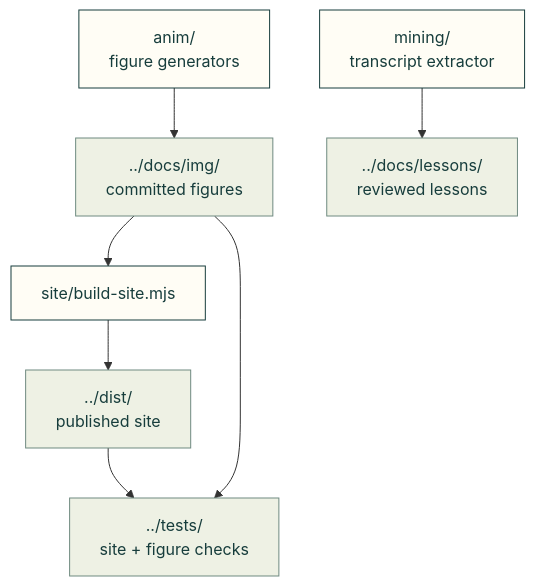
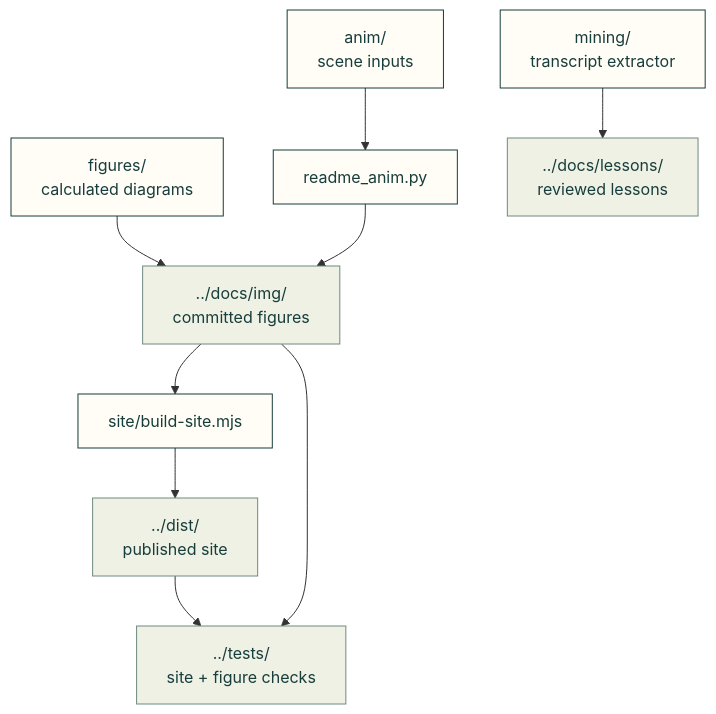
The diagram in tools/README.md (Valpatel/cad-agent), drawn with Mermaid before and after one commit. The commit also changed other lines of this file and 38 other files, not shown here.

Commit message:
refactor: group repository diagram generators under tools figures

````diff
--- a/tools/README.md
+++ b/tools/README.md
@@ -7,12 +7,13 @@
 ```mermaid
 flowchart TD
     B["site/build-site.mjs"] --> S["../dist/<br/>published site"]
-    A["anim/<br/>figure generators"] --> I["../docs/img/<br/>committed figures"]
+    F["figures/<br/>calculated diagrams"] --> I["../docs/img/<br/>committed figures"]
+    A["anim/<br/>scene inputs"] --> R["readme_anim.py"] --> I
     I --> B
     M["mining/<br/>transcript extractor"] --> L["../docs/lessons/<br/>reviewed lessons"]
     S & I --> T["../tests/<br/>site + figure checks"]
     classDef here fill:#fffdf5,stroke:#173d3c,color:#173d3c
     classDef near fill:#eef1e4,stroke:#6f8a80,color:#173d3c
-    class B,A,M here
+    class B,F,A,R,M here
     class S,I,L,T near
 ```
````
